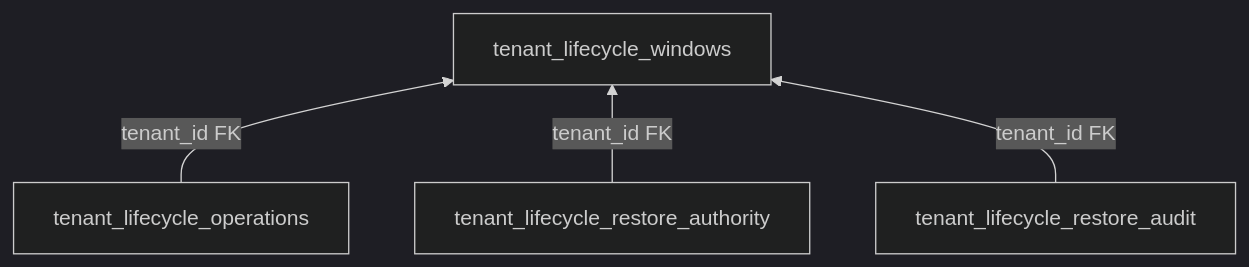
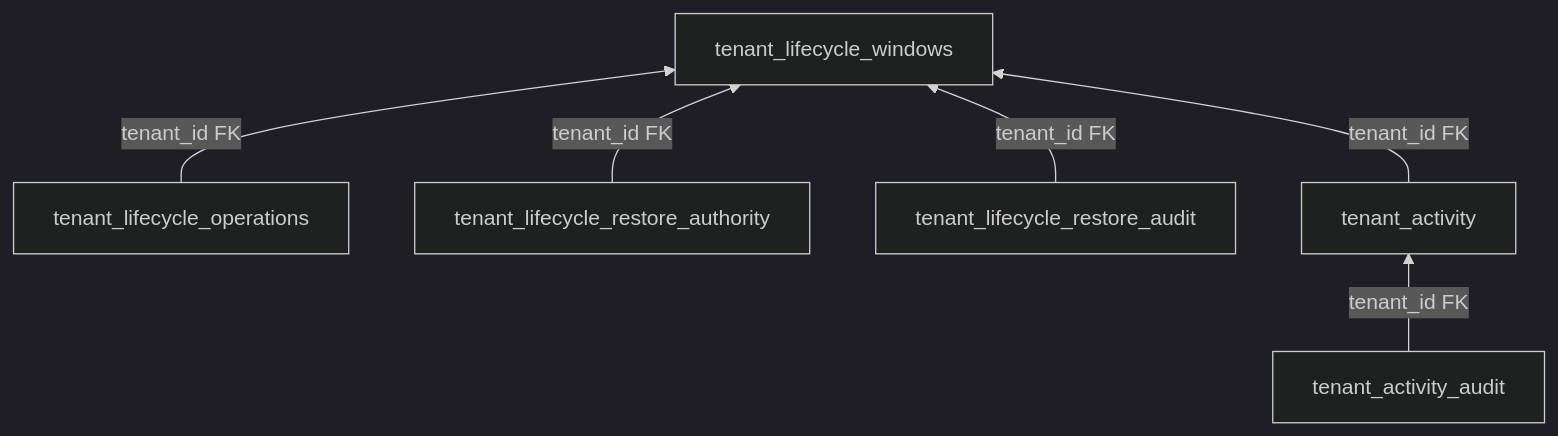
One commit to bewest/rag-nightscout-ecosystem-alignment changed the fifth of 8 diagrams in docs/30-design/tenancy/sql-and-migration-architecture.md. Above: the diagram before and after it, drawn with Mermaid (dark theme). The commit also changed other lines of this file and 2 other files, not shown here.

````diff
--- a/docs/30-design/tenancy/sql-and-migration-architecture.md
+++ b/docs/30-design/tenancy/sql-and-migration-architecture.md
@@ -274,6 +285,8 @@
 ```mermaid
 flowchart BT
   operation["tenant_lifecycle_operations"] -->|"tenant_id FK"| window["tenant_lifecycle_windows"]
   authority["tenant_lifecycle_restore_authority"] -->|"tenant_id FK"| window
   audit["tenant_lifecycle_restore_audit"] -->|"tenant_id FK"| window
+  activity["tenant_activity"] -->|"tenant_id FK"| window
+  activityAudit["tenant_activity_audit"] -->|"tenant_id FK"| activity
 ```
````
